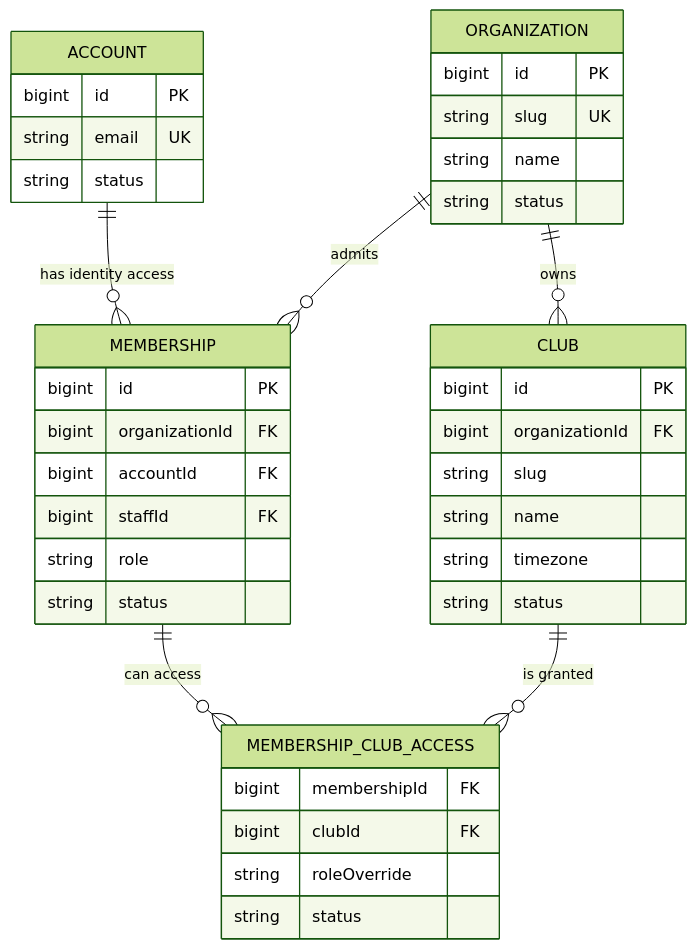
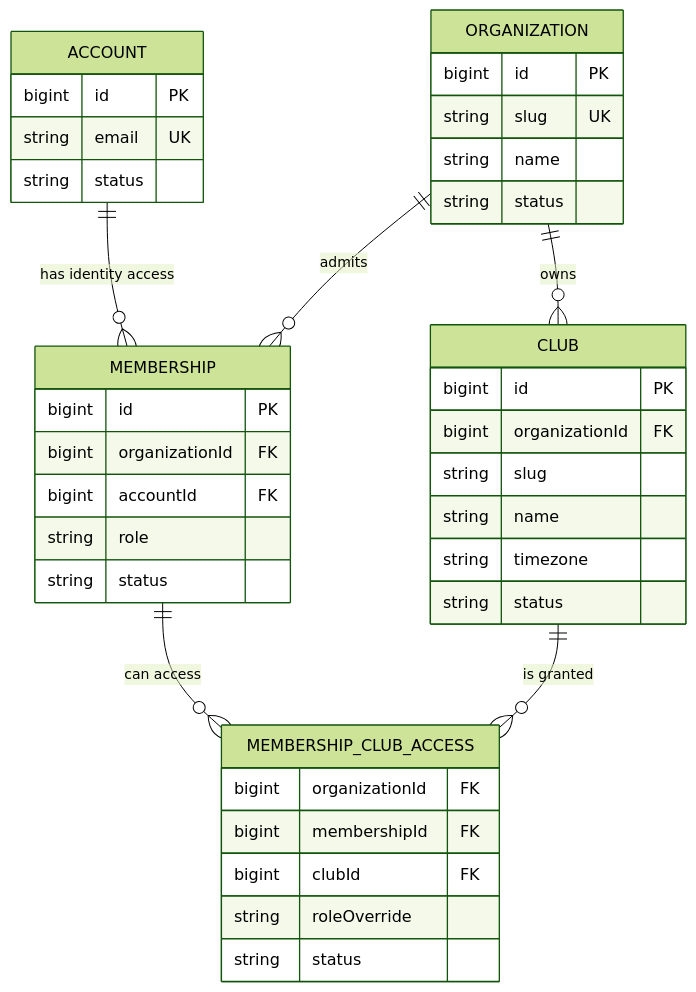
The diagram in docs/MULTI_TENANCY_ARCHITECTURE_V1.md (AntonyPry/padel-park-qr-scanner), drawn with Mermaid (forest theme) before and after one commit. The commit also changed other lines of this file and 1 other file, not shown here.

Commit message:
docs: resolve multi-tenant architecture findings

````diff
--- a/docs/MULTI_TENANCY_ARCHITECTURE_V1.md
+++ b/docs/MULTI_TENANCY_ARCHITECTURE_V1.md
@@ -25,42 +27,42 @@
 ```mermaid
 erDiagram
     ACCOUNT ||--o{ MEMBERSHIP : "has identity access"
     ORGANIZATION ||--o{ CLUB : "owns"
     ORGANIZATION ||--o{ MEMBERSHIP : "admits"
     MEMBERSHIP ||--o{ MEMBERSHIP_CLUB_ACCESS : "can access"
     CLUB ||--o{ MEMBERSHIP_CLUB_ACCESS : "is granted"
 
     ACCOUNT {
       bigint id PK
       string email UK
       string status
     }
     ORGANIZATION {
       bigint id PK
       string slug UK
       string name
       string status
     }
     CLUB {
       bigint id PK
       bigint organizationId FK
       string slug
       string name
       string timezone
       string status
     }
     MEMBERSHIP {
       bigint id PK
       bigint organizationId FK
       bigint accountId FK
-      bigint staffId FK
       string role
       string status
     }
     MEMBERSHIP_CLUB_ACCESS {
+      bigint organizationId FK
       bigint membershipId FK
       bigint clubId FK
       string roleOverride
       string status
     }
 ```
````
